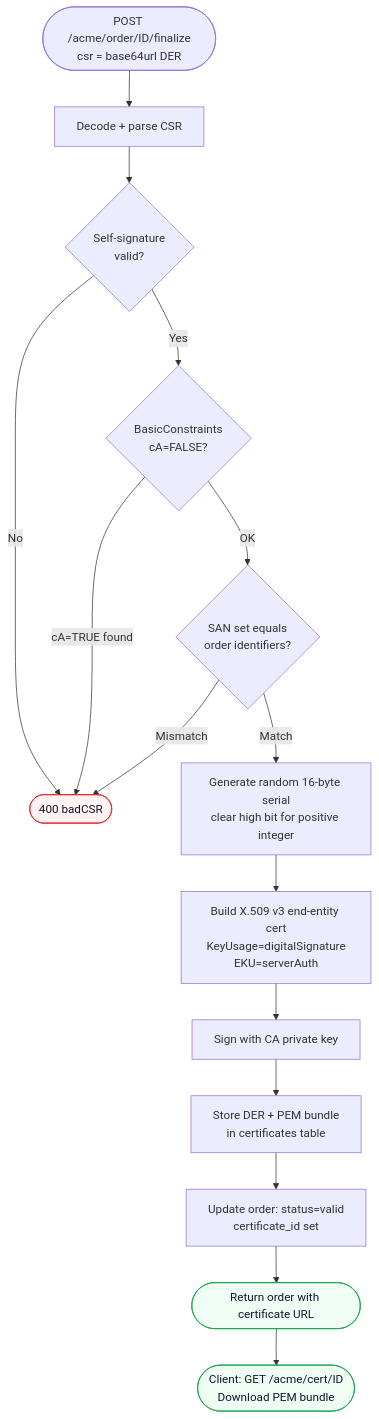
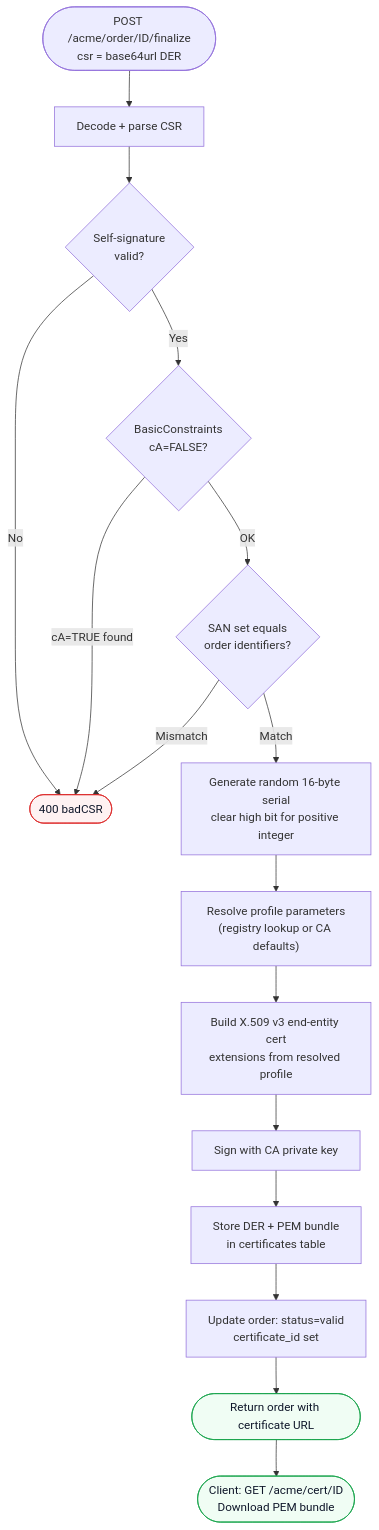
One commit to czinda/akamu changed the first of 2 diagrams in docs/src/user/certificates.md. Above: the diagram before and after it, drawn with Mermaid. The commit also changed other lines of this file and 6 other files, not shown here.

````diff
--- a/docs/src/user/certificates.md
+++ b/docs/src/user/certificates.md
@@ -9,22 +9,23 @@
 ```mermaid
 flowchart TD
     A(["POST /acme/order/ID/finalize<br/>csr = base64url DER"]) --> B[Decode + parse CSR]
     B --> C{"Self-signature<br/>valid?"}
     C -->|No| FAIL([400 badCSR])
     C -->|Yes| D{"BasicConstraints<br/>cA=FALSE?"}
     D -->|cA=TRUE found| FAIL
     D -->|OK| E{"SAN set equals<br/>order identifiers?"}
     E -->|Mismatch| FAIL
     E -->|Match| F["Generate random 16-byte serial<br/>clear high bit for positive integer"]
-    F --> G["Build X.509 v3 end-entity cert<br/>KeyUsage=digitalSignature<br/>EKU=serverAuth"]
+    F --> P["Resolve profile parameters<br/>(registry lookup or CA defaults)"]
+    P --> G["Build X.509 v3 end-entity cert<br/>extensions from resolved profile"]
     G --> H[Sign with CA private key]
     H --> I["Store DER + PEM bundle<br/>in certificates table"]
     I --> J["Update order: status=valid<br/>certificate_id set"]
     J --> K([Return order with certificate URL])
     K --> L(["Client: GET /acme/cert/ID<br/>Download PEM bundle"])
 
     classDef ok   fill:#f0fdf4,stroke:#16a34a,color:#0f172a
     classDef fail fill:#fef2f2,stroke:#dc2626,color:#0f172a
     class K,L ok
     class FAIL fail
 ```
````
